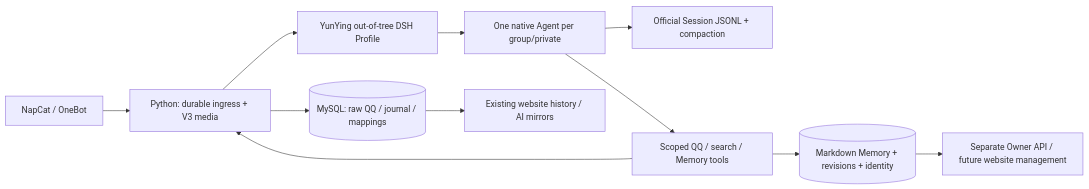
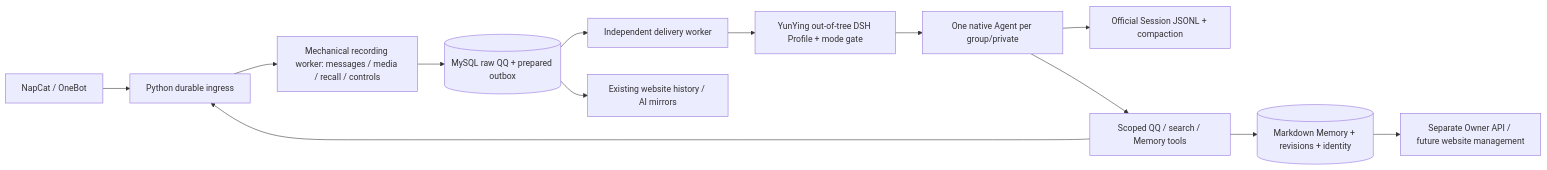
The diagram in docs/v4-architecture.md (igng-dev/igng-bot), drawn with Mermaid before and after one commit. The commit also changed other lines of this file and 24 other files, not shown here.

First line of the commit message:
feat: preserve recording and call-only group modes under DSH

````diff
--- a/docs/v4-architecture.md
+++ b/docs/v4-architecture.md
@@ -7,13 +7,15 @@
 ```mermaid
 flowchart LR
-  QQ[NapCat / OneBot] --> I[Python: durable ingress + V3 media]
-  I --> DB[(MySQL: raw QQ / journal / mappings)]
-  I --> P[YunYing out-of-tree DSH Profile]
+  QQ[NapCat / OneBot] --> I[Python durable ingress]
+  I --> R[Mechanical recording worker: messages / media / recall / controls]
+  R --> DB[(MySQL raw QQ + prepared outbox)]
+  DB --> D[Independent delivery worker]
+  D --> P[YunYing out-of-tree DSH Profile + mode gate]
   P --> A[One native Agent per group/private]
   A --> S[Official Session JSONL + compaction]
   A --> T[Scoped QQ / search / Memory tools]
   T --> I
   T --> M[(Markdown Memory + revisions + identity)]
   DB --> W[Existing website history / AI mirrors]
   M --> O[Separate Owner API / future website management]
 ```
````
